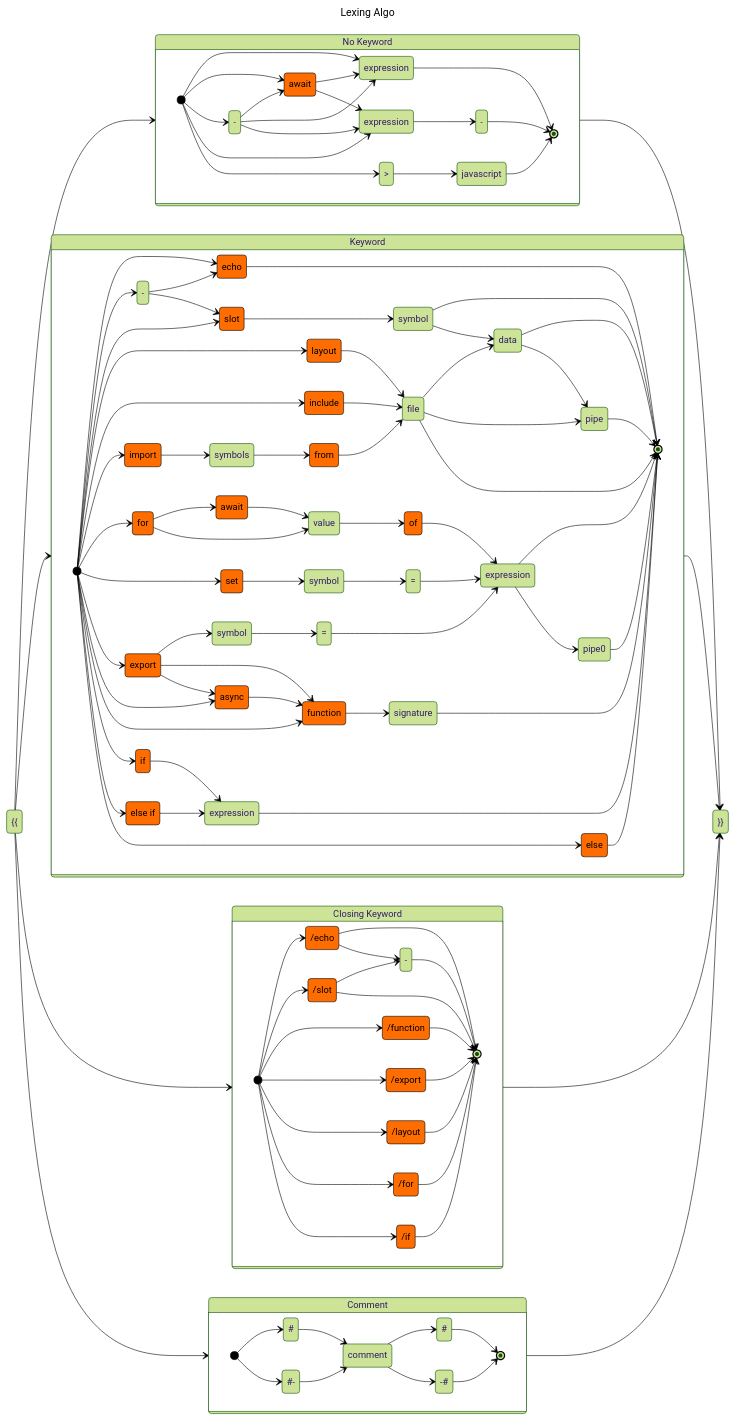
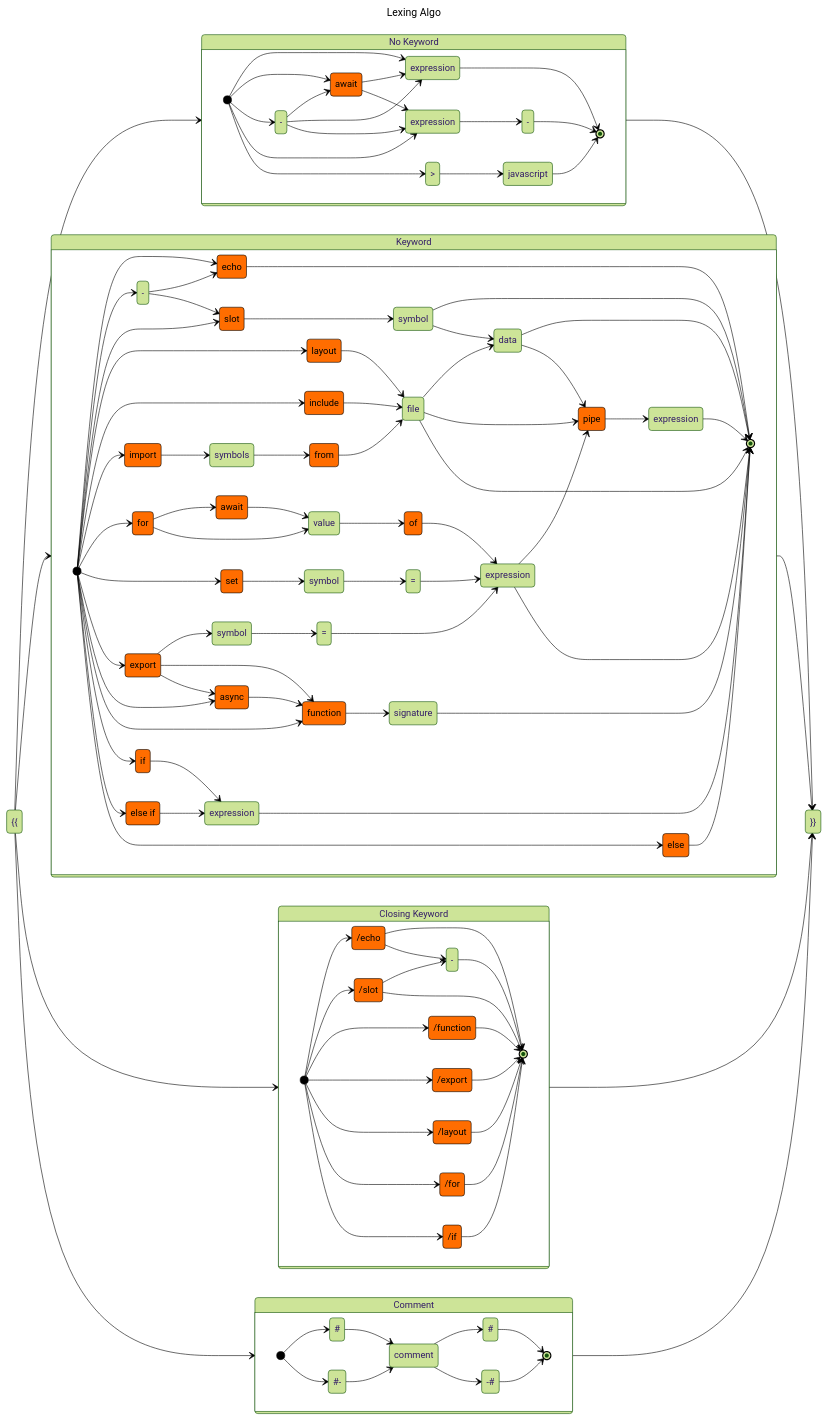
The first of 12 diagrams in statemachine-v2.md (ventojs/webstorm-vento), drawn with Mermaid before and after one commit.

Commit message:
chore(docs): update state transitions and styles in `statemachine-v2.md`
- Added new `pipeExp` state and adjusted transitions related to `pipe` and `kexp0` for improved accuracy.
- Introduced custom style for the `pipe` state to enhance visualization.

```diff
--- a/statemachine-v2.md
+++ b/statemachine-v2.md
@@ -38,6 +38,7 @@
 
         state "data" as data
         state "pipe" as pipe
+        state "expression" as pipeExp
         state "-" as otrim
         state "expression" as kexp0
         state "=" as eq1
@@ -67,7 +68,7 @@
         file --> pipe
         file --> [*]
         data --> pipe
-
+        pipe --> pipeExp
 
         [*] --> import
         import --> symbols
@@ -88,9 +89,9 @@
         symbol1 --> eq1
         eq1 --> kexp0
 
+        kexp0 --> pipe
         kexp0 --> [*]
-        kexp0 --> pipe0
-        pipe0 --> [*]
+
 
 
         [*] --> export
@@ -114,7 +115,7 @@
         [*] --> else
         else --> [*]
 
-        pipe --> [*]
+        pipeExp --> [*]
 
 
 }
@@ -233,6 +234,7 @@
     style await stroke:#000000,fill:#FF6D00,color:#000000
     style await2 stroke:#000000,fill:#FF6D00,color:#000000
     style async stroke:#000000,fill:#FF6D00,color:#000000
+    style pipe stroke:#000000,fill:#FF6D00,color:#000000
 
     style cecho stroke:#000000,fill:#FF6D00,color:#000000
     style cfunction stroke:#000000,fill:#FF6D00,color:#000000
```
